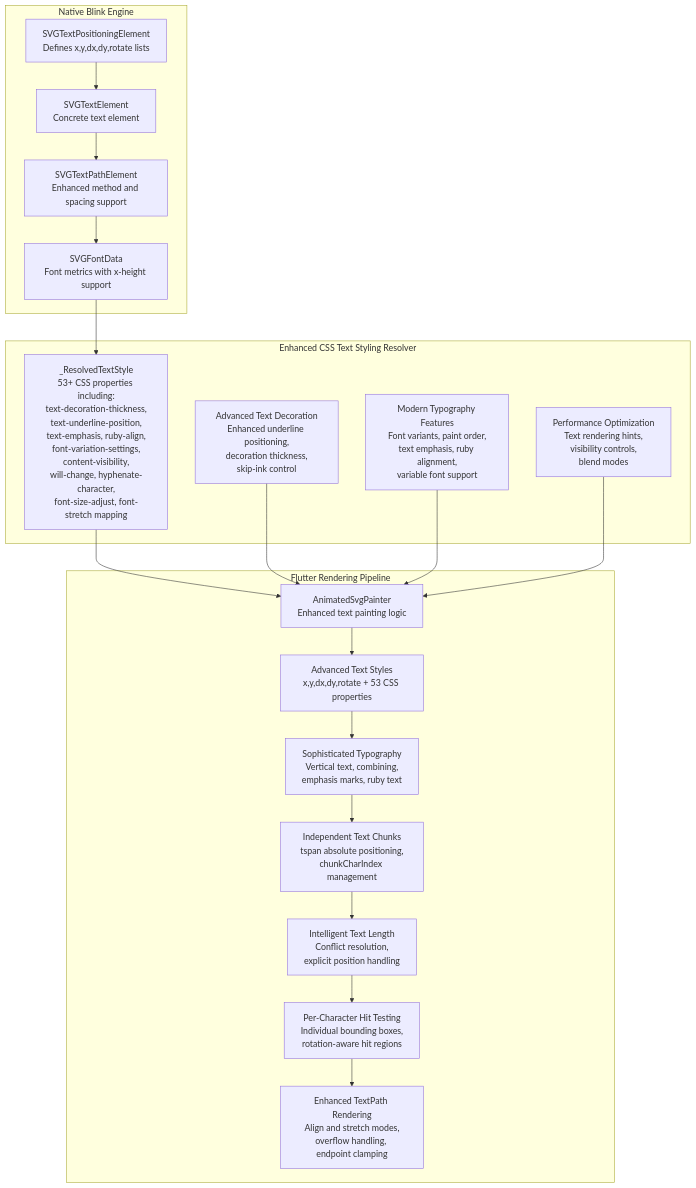
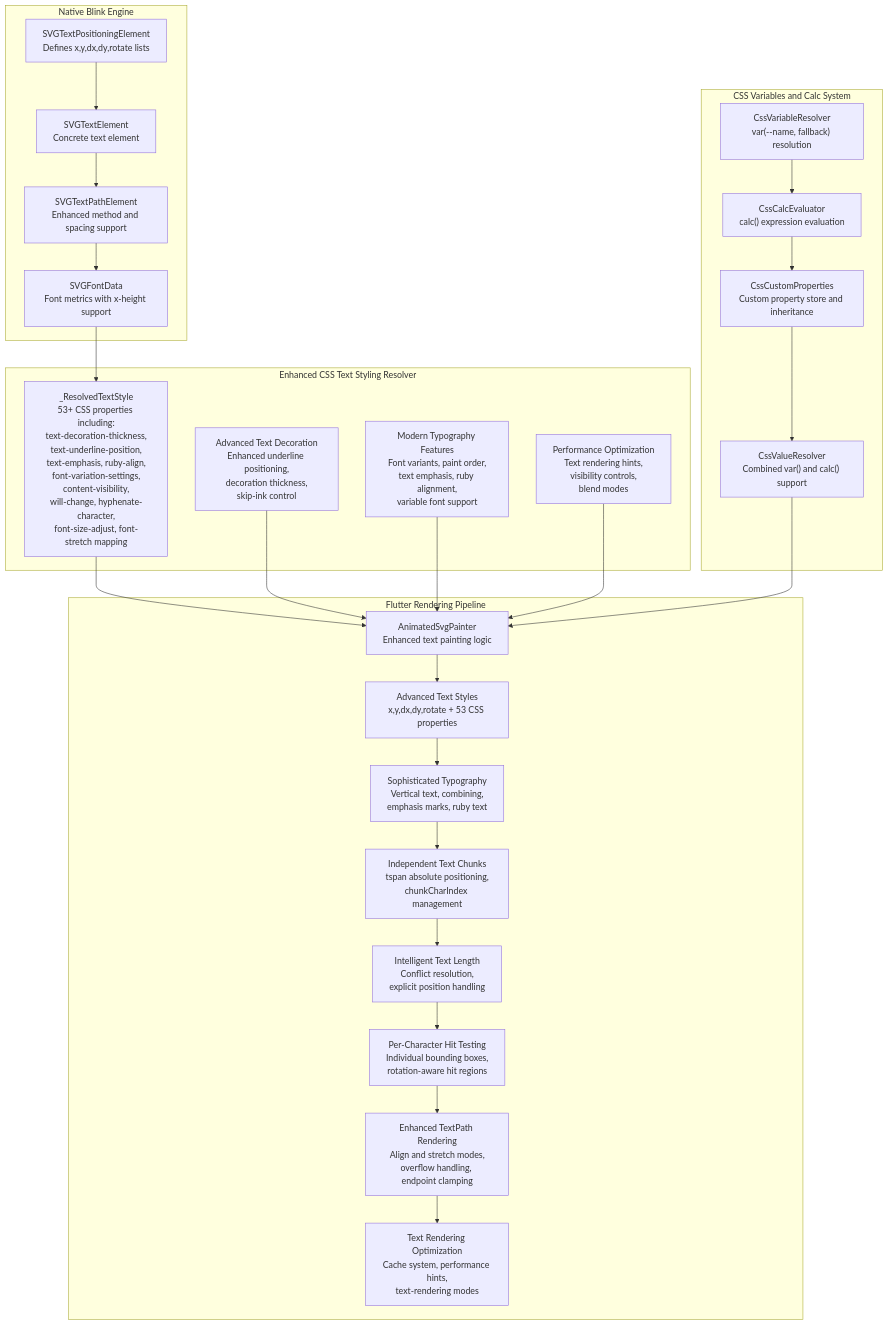
Before and after one commit to denisnadey/flutter_full_svg_support: the first of 5 diagrams in .qoder/repowiki/en/content/Animated SVG Support/Text Positioning Attributes.md, drawn with Mermaid. The commit also changed other lines of this file and 18 other files, not shown here.

````diff
--- a/.qoder/repowiki/en/content/Animated SVG Support/Text Positioning Attributes.md
+++ b/.qoder/repowiki/en/content/Animated SVG Support/Text Positioning Attributes.md
@@ -78,38 +85,50 @@
 ```mermaid
 graph TB
 subgraph "Native Blink Engine"
 A["SVGTextPositioningElement<br/>Defines x,y,dx,dy,rotate lists"]
 B["SVGTextElement<br/>Concrete text element"]
 C["SVGTextPathElement<br/>Enhanced method and spacing support"]
 D["SVGFontData<br/>Font metrics with x-height support"]
 end
 subgraph "Enhanced CSS Text Styling Resolver"
 E["_ResolvedTextStyle<br/>53+ CSS properties including:<br/>text-decoration-thickness,<br/>text-underline-position,<br/>text-emphasis, ruby-align,<br/>font-variation-settings,<br/>content-visibility,<br/>will-change, hyphenate-character,<br/>font-size-adjust, font-stretch mapping"]
 F["Advanced Text Decoration<br/>Enhanced underline positioning,<br/>decoration thickness,<br/>skip-ink control"]
 G["Modern Typography Features<br/>Font variants, paint order,<br/>text emphasis, ruby alignment,<br/>variable font support"]
 H["Performance Optimization<br/>Text rendering hints,<br/>visibility controls,<br/>blend modes"]
 end
+subgraph "CSS Variables and Calc System"
+I["CssVariableResolver<br/>var(--name, fallback) resolution"]
+J["CssCalcEvaluator<br/>calc() expression evaluation"]
+K["CssCustomProperties<br/>Custom property store and inheritance"]
+L["CssValueResolver<br/>Combined var() and calc() support"]
+end
 subgraph "Flutter Rendering Pipeline"
-I["AnimatedSvgPainter<br/>Enhanced text painting logic"]
-J["Advanced Text Styles<br/>x,y,dx,dy,rotate + 53 CSS properties"]
-K["Sophisticated Typography<br/>Vertical text, combining,<br/>emphasis marks, ruby text"]
-L["Independent Text Chunks<br/>tspan absolute positioning,<br/>chunkCharIndex management"]
-M["Intelligent Text Length<br/>Conflict resolution,<br/>explicit position handling"]
-N["Per-Character Hit Testing<br/>Individual bounding boxes,<br/>rotation-aware hit regions"]
-O["Enhanced TextPath Rendering<br/>Align and stretch modes,<br/>overflow handling, endpoint clamping"]
+M["AnimatedSvgPainter<br/>Enhanced text painting logic"]
+N["Advanced Text Styles<br/>x,y,dx,dy,rotate + 53 CSS properties"]
+O["Sophisticated Typography<br/>Vertical text, combining,<br/>emphasis marks, ruby text"]
+P["Independent Text Chunks<br/>tspan absolute positioning,<br/>chunkCharIndex management"]
+Q["Intelligent Text Length<br/>Conflict resolution,<br/>explicit position handling"]
+R["Per-Character Hit Testing<br/>Individual bounding boxes,<br/>rotation-aware hit regions"]
+S["Enhanced TextPath Rendering<br/>Align and stretch modes,<br/>overflow handling, endpoint clamping"]
+T["Text Rendering Optimization<br/>Cache system, performance hints,<br/>text-rendering modes"]
 end
 A --> B
 B --> C
 C --> D
 D --> E
-E --> I
-F --> I
-G --> I
-H --> I
+E --> M
+F --> M
+G --> M
+H --> M
 I --> J
 J --> K
 K --> L
 L --> M
 M --> N
 N --> O
+O --> P
+P --> Q
+Q --> R
+R --> S
+S --> T
 ```
````
